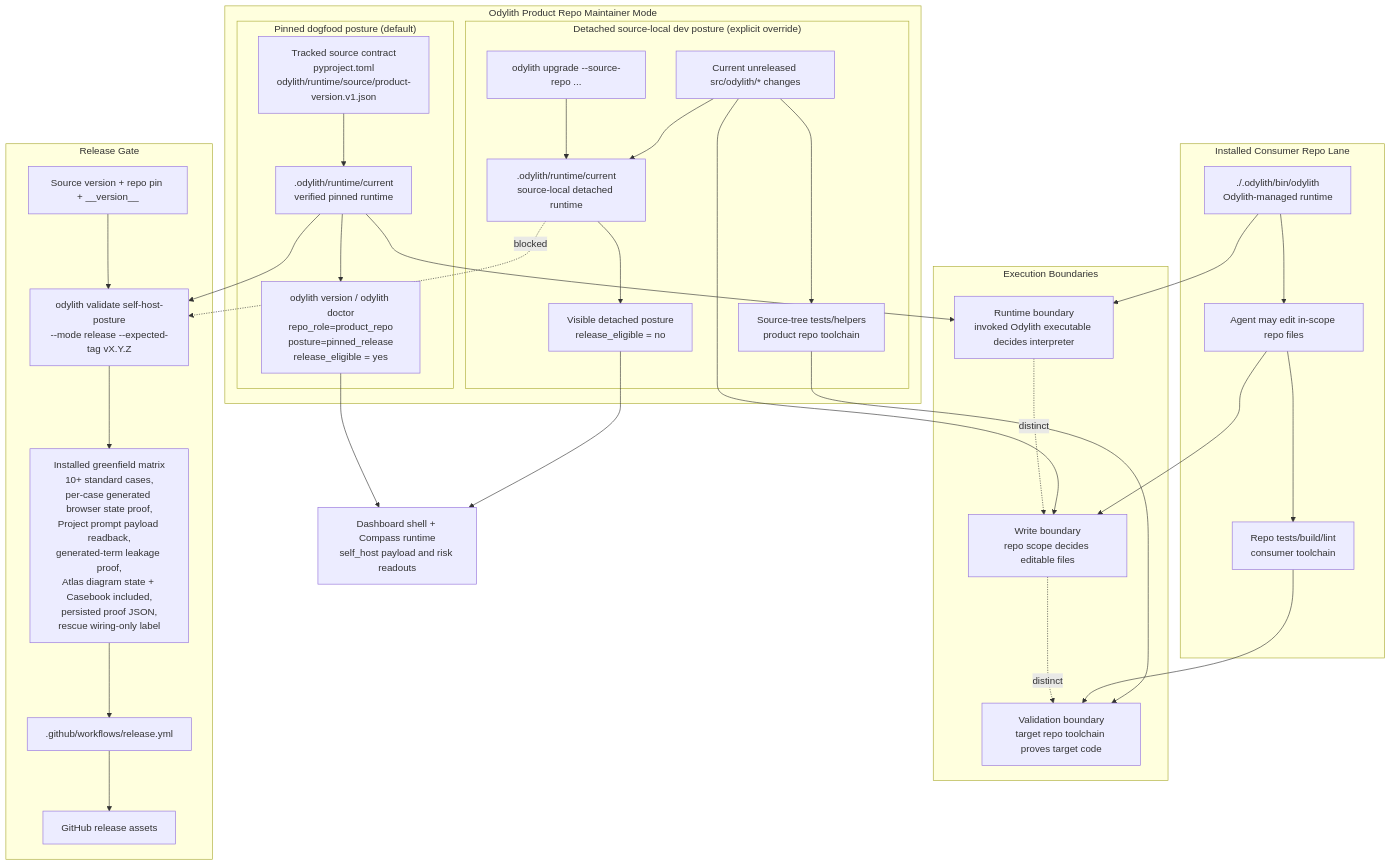
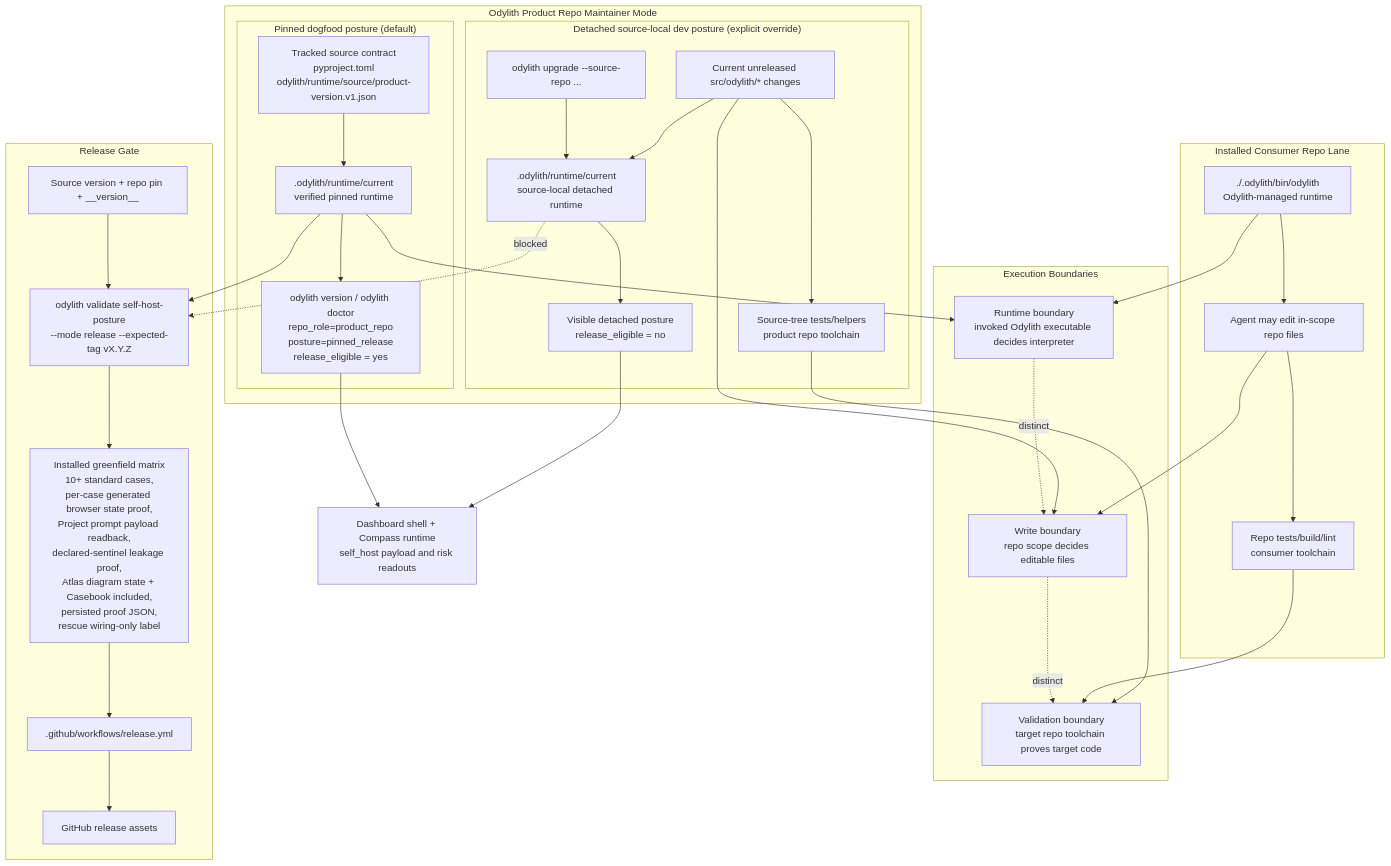
One commit to odylith/odylith changed the diagram in odylith/atlas/source/odylith-self-host-runtime-and-release-gate.mmd. Above: the diagram before and after it, drawn with Mermaid. The commit also changed 45 other files, not shown here.

Commit message:
Harden greenfield leakage custody

```diff
--- a/odylith/atlas/source/odylith-self-host-runtime-and-release-gate.mmd
+++ b/odylith/atlas/source/odylith-self-host-runtime-and-release-gate.mmd
@@ -1,55 +1,55 @@
 flowchart TB
     subgraph Consumer["Installed Consumer Repo Lane"]
         ConsumerLauncher["./.odylith/bin/odylith<br/>Odylith-managed runtime"]
         ConsumerWrites["Agent may edit in-scope repo files"]
         ConsumerToolchain["Repo tests/build/lint<br/>consumer toolchain"]
         ConsumerLauncher --> ConsumerWrites --> ConsumerToolchain
     end
 
     subgraph Maintainer["Odylith Product Repo Maintainer Mode"]
         subgraph Dogfood["Pinned dogfood posture (default)"]
             Source["Tracked source contract<br/>pyproject.toml<br/>odylith/runtime/source/product-version.v1.json"]
             Runtime[".odylith/runtime/current<br/>verified pinned runtime"]
             Status["odylith version / odylith doctor<br/>repo_role=product_repo<br/>posture=pinned_release<br/>release_eligible = yes"]
             Source --> Runtime --> Status
         end
 
         subgraph Dev["Detached source-local dev posture (explicit override)"]
             Override["odylith upgrade --source-repo ..."]
             Detached[".odylith/runtime/current<br/>source-local detached runtime"]
             LiveSource["Current unreleased src/odylith/* changes"]
             DevHelpers["Source-tree tests/helpers<br/>product repo toolchain"]
             DetachedStatus["Visible detached posture<br/>release_eligible = no"]
             Override --> Detached --> DetachedStatus
             LiveSource --> Detached
             LiveSource --> DevHelpers
         end
     end
 
     subgraph Boundaries["Execution Boundaries"]
         RuntimeBoundary["Runtime boundary<br/>invoked Odylith executable decides interpreter"]
         WriteBoundary["Write boundary<br/>repo scope decides editable files"]
         ValidationBoundary["Validation boundary<br/>target repo toolchain proves target code"]
         RuntimeBoundary -. distinct .-> WriteBoundary
         WriteBoundary -. distinct .-> ValidationBoundary
     end
 
     subgraph Gate["Release Gate"]
         Pin["Source version + repo pin + __version__"]
         Validate["odylith validate self-host-posture<br/>--mode release --expected-tag vX.Y.Z"]
-        Matrix["Installed greenfield matrix<br/>10+ standard cases,<br/>per-case generated browser state proof,<br/>Project prompt payload readback,<br/>generated-term leakage proof,<br/>Atlas diagram state + Casebook included,<br/>persisted proof JSON,<br/>rescue wiring-only label"]
+        Matrix["Installed greenfield matrix<br/>10+ standard cases,<br/>per-case generated browser state proof,<br/>Project prompt payload readback,<br/>declared-sentinel leakage proof,<br/>Atlas diagram state + Casebook included,<br/>persisted proof JSON,<br/>rescue wiring-only label"]
         Workflow[".github/workflows/release.yml"]
         Publish["GitHub release assets"]
         Pin --> Validate --> Matrix --> Workflow --> Publish
     end
 
     ConsumerLauncher --> RuntimeBoundary
     ConsumerWrites --> WriteBoundary
     ConsumerToolchain --> ValidationBoundary
     Runtime --> RuntimeBoundary
     LiveSource --> WriteBoundary
     DevHelpers --> ValidationBoundary
     Runtime --> Validate
     Detached -. blocked .-> Validate
     Status --> Readouts["Dashboard shell + Compass runtime<br/>self_host payload and risk readouts"]
     DetachedStatus --> Readouts
```
